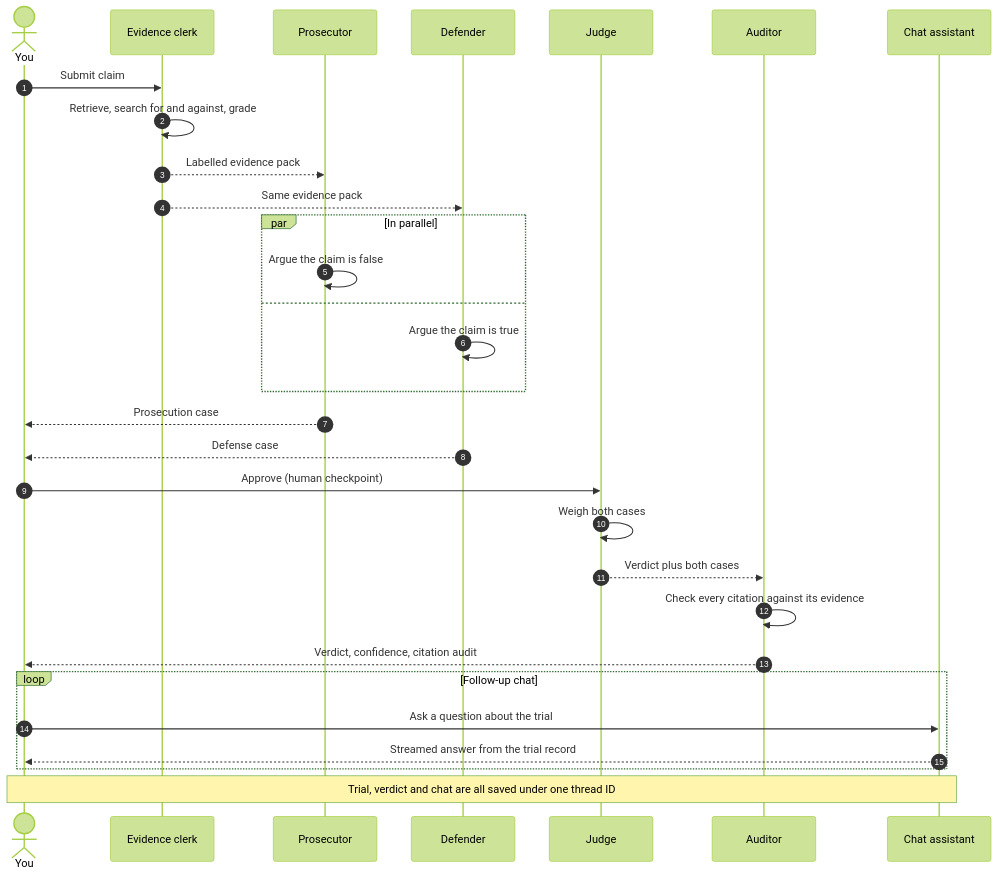
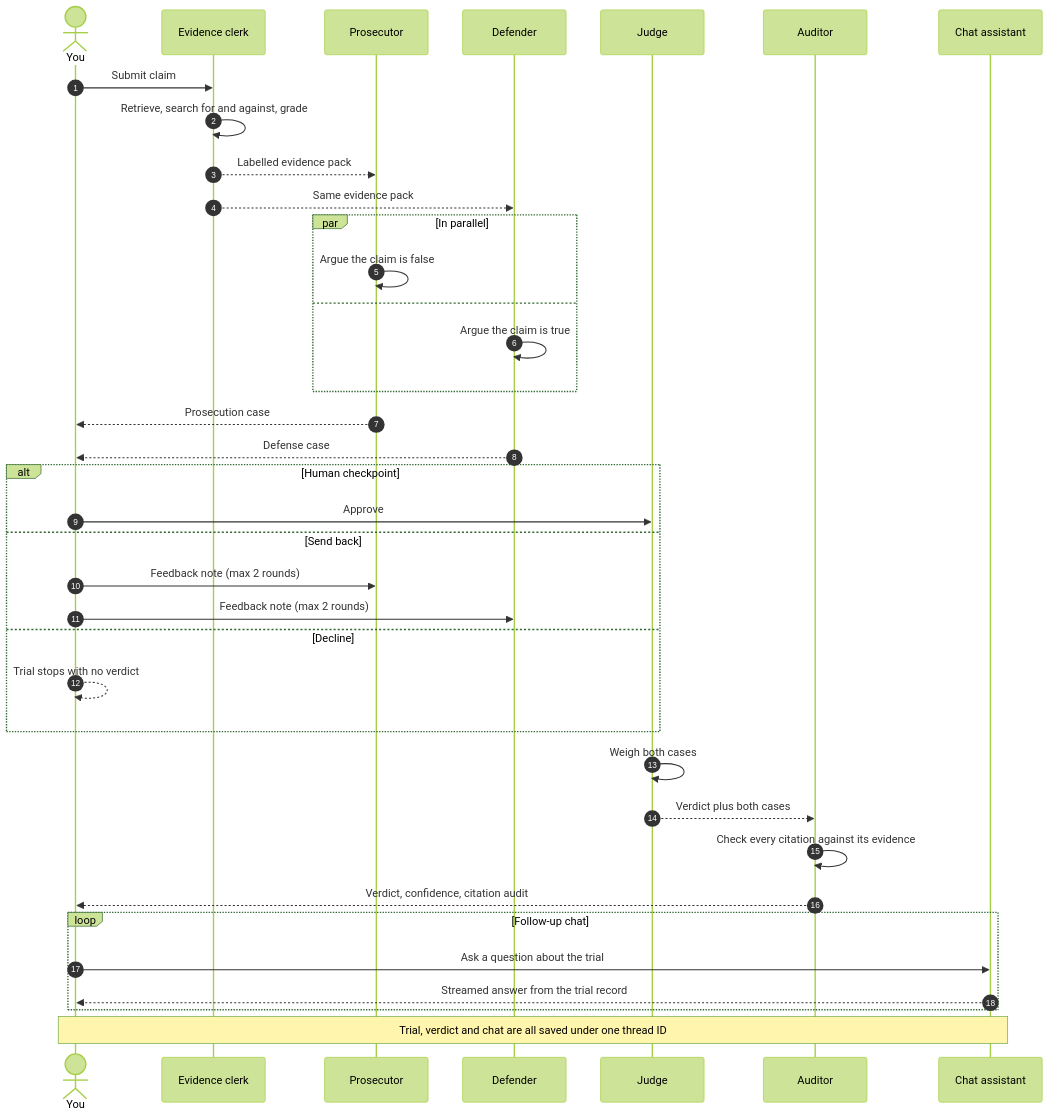
Before and after one commit to 24f2000777/claim-court: the third of 8 diagrams in README.md, drawn with Mermaid (forest theme). The commit also changed other lines of this file and 5 other files, not shown here.

Commit message:
Human checkpoint: send cases back with feedback (max 2 rounds) or decline and reopen

````diff
--- a/README.md
+++ b/README.md
@@ -102,33 +106,40 @@
 ```mermaid
 sequenceDiagram
     autonumber
     actor U as You
     participant C as Evidence clerk
     participant P as Prosecutor
     participant D as Defender
     participant J as Judge
     participant A as Auditor
     participant K as Chat assistant
 
     U->>C: Submit claim
     C->>C: Retrieve, search for and against, grade
     C-->>P: Labelled evidence pack
     C-->>D: Same evidence pack
     par In parallel
         P->>P: Argue the claim is false
     and
         D->>D: Argue the claim is true
     end
     P-->>U: Prosecution case
     D-->>U: Defense case
-    U->>J: Approve (human checkpoint)
+    alt Human checkpoint
+        U->>J: Approve
+    else Send back
+        U->>P: Feedback note (max 2 rounds)
+        U->>D: Feedback note (max 2 rounds)
+    else Decline
+        U-->>U: Trial stops with no verdict
+    end
     J->>J: Weigh both cases
     J-->>A: Verdict plus both cases
     A->>A: Check every citation against its evidence
     A-->>U: Verdict, confidence, citation audit
     loop Follow-up chat
         U->>K: Ask a question about the trial
         K-->>U: Streamed answer from the trial record
     end
     Note over U,K: Trial, verdict and chat are all saved under one thread ID
 ```
````
